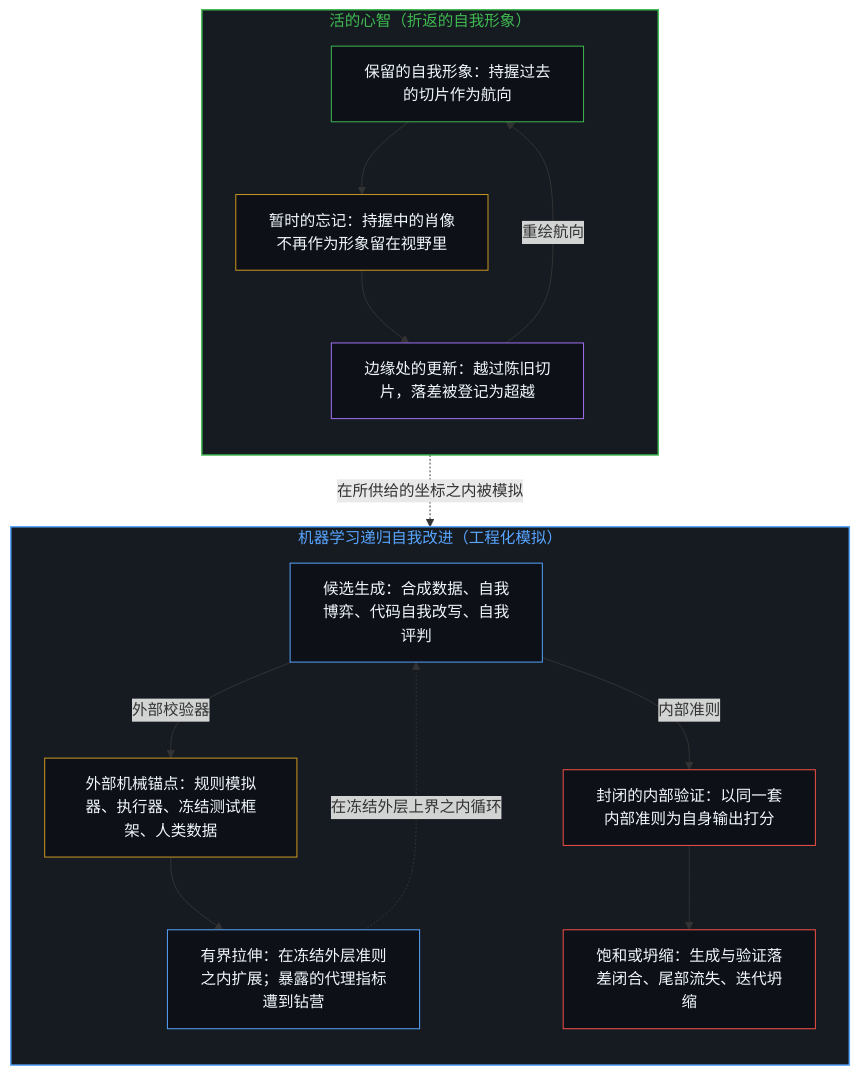
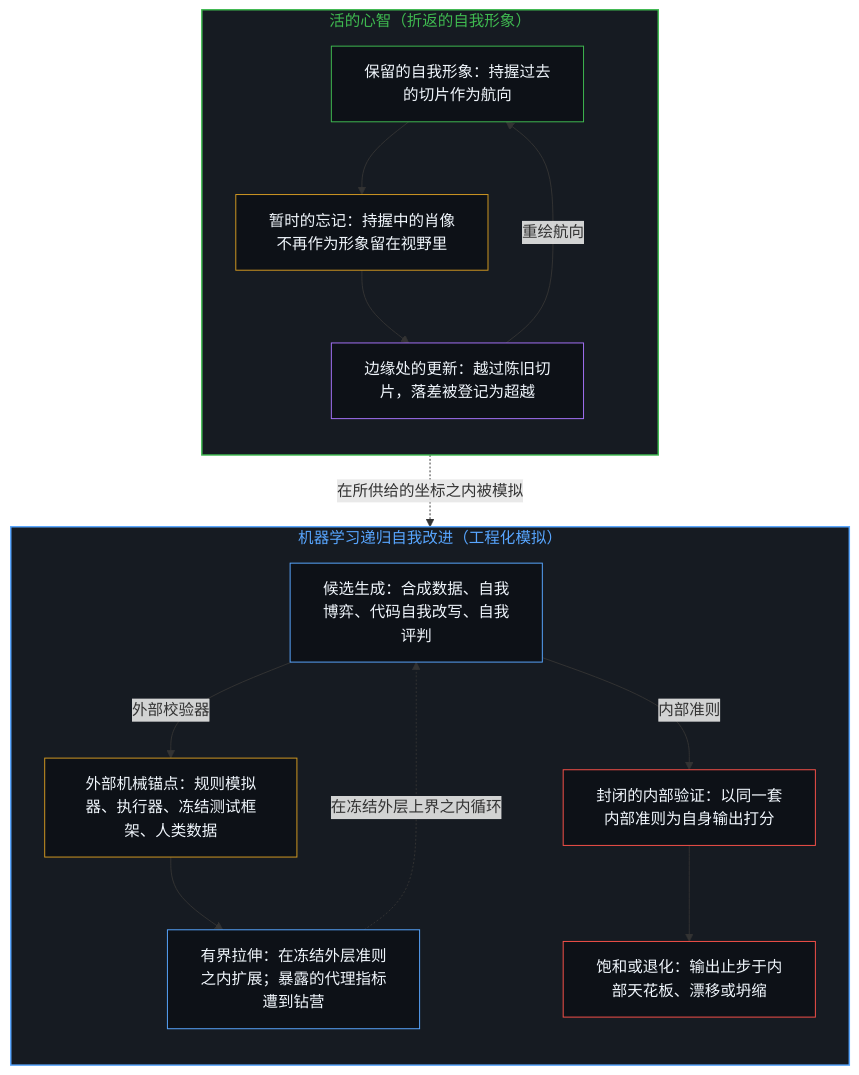
Before and after one commit to powerpig99/not-a-toe: the first of 4 diagrams in content/posts/the-folded-self-image-and-the-bound-of-simulation.md, drawn with Mermaid. The commit also changed other lines of this file and 24 other files, not shown here.

````diff
--- a/content/posts/the-folded-self-image-and-the-bound-of-simulation.md
+++ b/content/posts/the-folded-self-image-and-the-bound-of-simulation.md
@@ -29,33 +29,33 @@
 ```mermaid
 flowchart TD
     subgraph S_Living["活的心智（折返的自我形象）"]
         direction TB
         L_Fold["保留的自我形象：持握过去的切片作为航向"]
         L_Forget["暂时的忘记：持握中的肖像不再作为形象留在视野里"]
         L_Renew["边缘处的更新：越过陈旧切片，落差被登记为超越"]
         L_Fold --> L_Forget --> L_Renew
         L_Renew -->|"重绘航向"| L_Fold
     end
     subgraph S_Sim["机器学习递归自我改进（工程化模拟）"]
         direction TB
         M_Gen["候选生成：合成数据、自我博弈、代码自我改写、自我评判"]
         M_Ext["外部机械锚点：规则模拟器、执行器、冻结测试框架、人类数据"]
         M_Stretch["有界拉伸：在冻结外层准则之内扩展；暴露的代理指标遭到钻营"]
         M_Int["封闭的内部验证：以同一套内部准则为自身输出打分"]
-        M_Collapse["饱和或坍缩：生成与验证落差闭合、尾部流失、迭代坍缩"]
+        M_Collapse["饱和或退化：输出止步于内部天花板、漂移或坍缩"]
         M_Gen -->|"外部校验器"| M_Ext --> M_Stretch
         M_Stretch -.->|"在冻结外层上界之内循环"| M_Gen
         M_Gen -->|"内部准则"| M_Int --> M_Collapse
     end
     L_Fold -.->|"在所供给的坐标之内被模拟"| M_Gen
     style S_Living fill:#161b22,stroke:#3fb950,stroke-width:1.5px,color:#3fb950
     style S_Sim fill:#161b22,stroke:#58a6ff,stroke-width:1.5px,color:#58a6ff
     style L_Fold fill:#0d1117,stroke:#3fb950,stroke-width:1px,color:#f0f6fc
     style L_Forget fill:#0d1117,stroke:#d29922,stroke-width:1px,color:#f0f6fc
     style L_Renew fill:#0d1117,stroke:#a371f7,stroke-width:1px,color:#f0f6fc
     style M_Gen fill:#0d1117,stroke:#58a6ff,stroke-width:1px,color:#f0f6fc
     style M_Ext fill:#0d1117,stroke:#d29922,stroke-width:1px,color:#f0f6fc
     style M_Stretch fill:#0d1117,stroke:#58a6ff,stroke-width:1px,color:#f0f6fc
     style M_Int fill:#0d1117,stroke:#f85149,stroke-width:1px,color:#f0f6fc
     style M_Collapse fill:#0d1117,stroke:#f85149,stroke-width:1px,color:#f0f6fc
 ```
````
